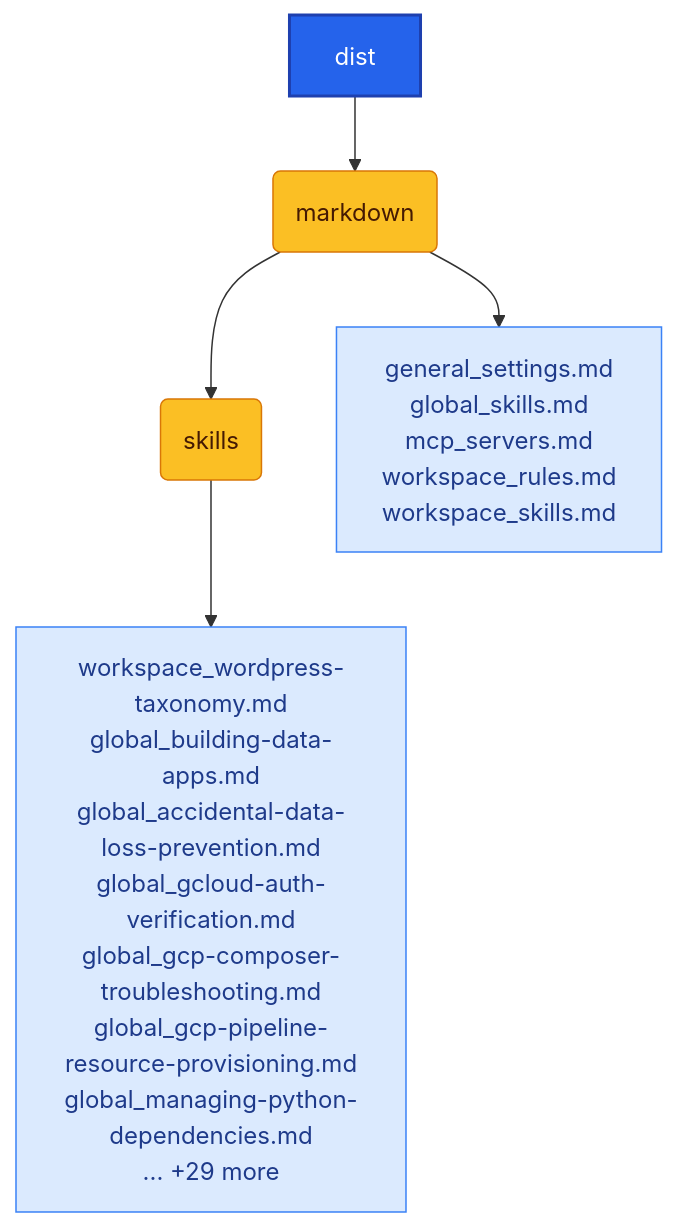
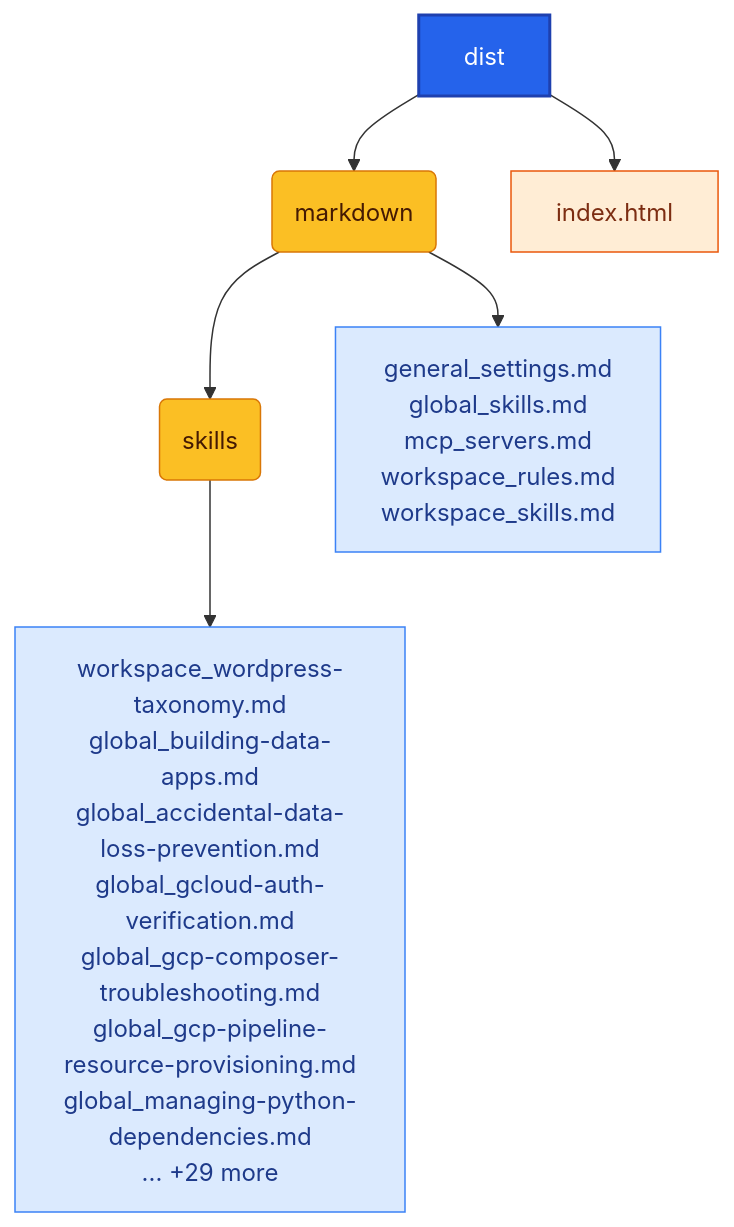
The diagram in projects/antigravity-export-html5/dist/README.md (Richie086/scripts-public), drawn with Mermaid before and after one commit. The commit also changed 11 other files, not shown here.

Commit message:
feat: keep index.html outside dist and copy it during build

````diff
--- a/projects/antigravity-export-html5/dist/README.md
+++ b/projects/antigravity-export-html5/dist/README.md
@@ -11,10 +11,12 @@
 ```mermaid
 graph TD
 	root["dist"]:::root --> n1("markdown"):::folder
+	root["dist"]:::root --> n2["index.html"]:::file-html
 	n1 --> n1_1("skills"):::folder
 	n1 --> n1_6["general_settings.md<br>global_skills.md<br>mcp_servers.md<br>workspace_rules.md<br>workspace_skills.md"]:::file-md
 	n1_1 --> n1_1_36["workspace_wordpress-taxonomy.md<br>global_building-data-apps.md<br>global_accidental-data-loss-prevention.md<br>global_gcloud-auth-verification.md<br>global_gcp-composer-troubleshooting.md<br>global_gcp-pipeline-resource-provisioning.md<br>global_managing-python-dependencies.md<br>... +29 more"]:::file-md
 classDef root fill:#2563eb,stroke:#1e40af,stroke-width:2px,color:#ffffff;
 classDef folder fill:#fbbf24,stroke:#d97706,stroke-width:1px,color:#451a03;
+classDef file-html fill:#ffedd5,stroke:#ea580c,stroke-width:1px,color:#7c2d12;
 classDef file-md fill:#dbeafe,stroke:#3b82f6,stroke-width:1px,color:#1e3a8a;
 ```
````
